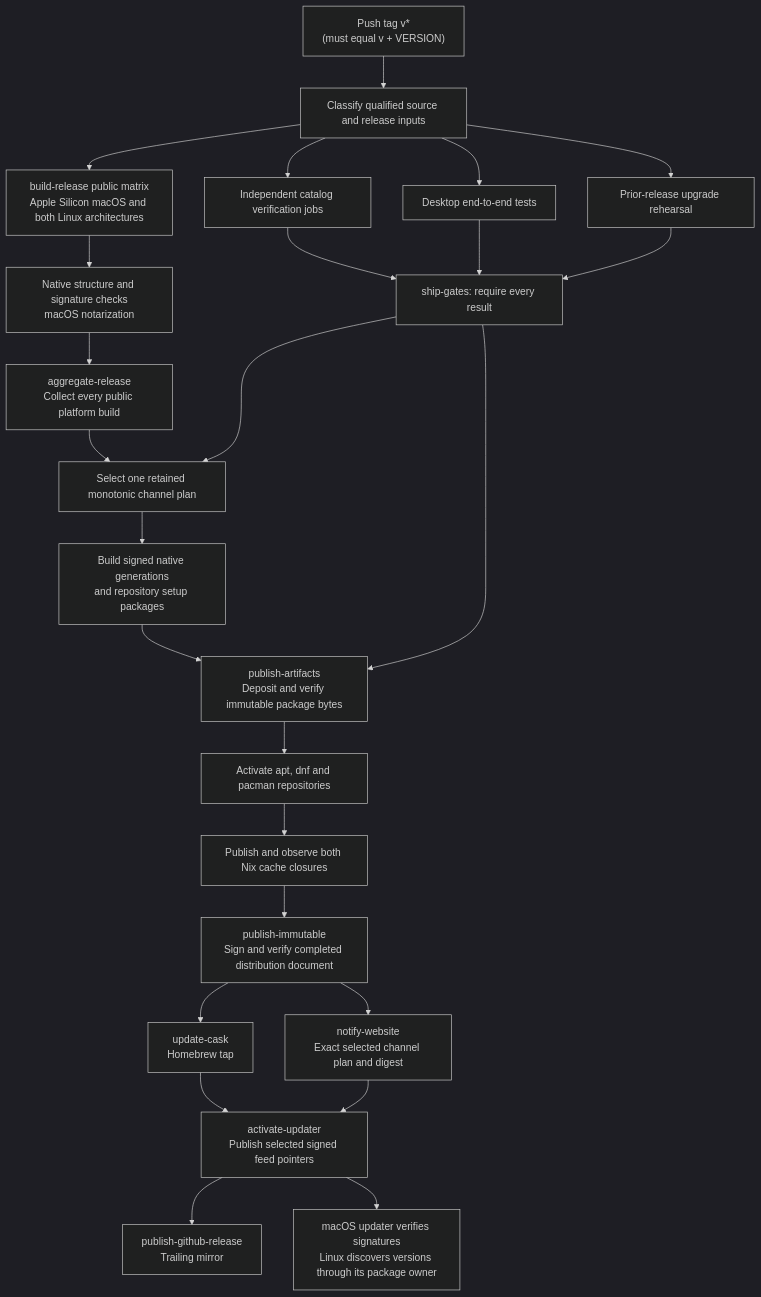
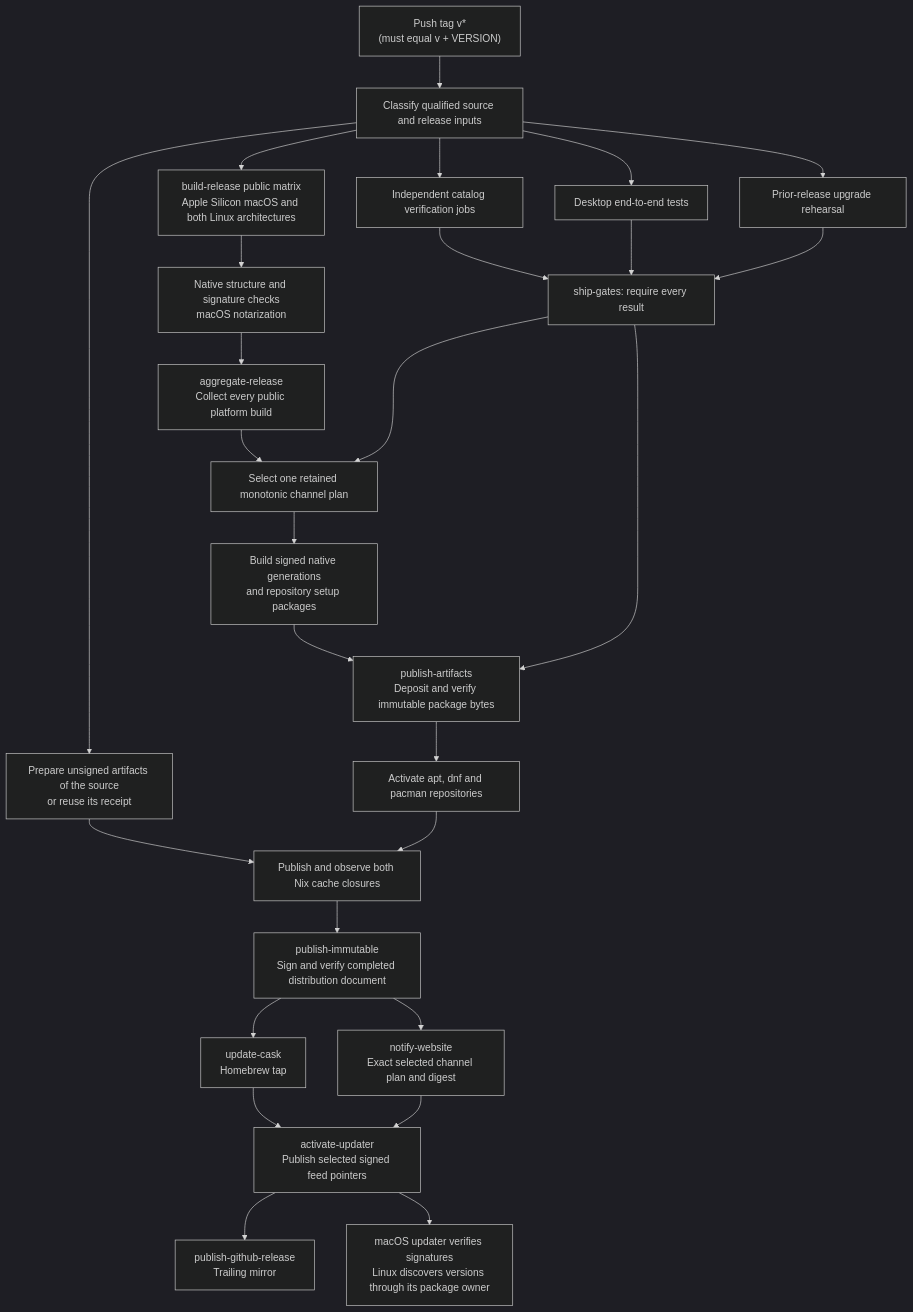
Before and after one commit to paintedwolf-ai/paintedwolf-code: the diagram in docs/dev-tasks.md, drawn with Mermaid (dark theme). The commit also changed other lines of this file and 7 other files, not shown here.

````diff
--- a/docs/dev-tasks.md
+++ b/docs/dev-tasks.md
@@ -1127,27 +1127,29 @@
 ```mermaid
 flowchart TD
     tag["Push tag v*<br/>(must equal v + VERSION)"] --> classify["Classify qualified source and release inputs"]
     classify --> checks["Independent catalog verification jobs"]
     classify --> desktop["Desktop end-to-end tests"]
     classify --> upgrade["Prior-release upgrade rehearsal"]
     checks --> gates["ship-gates: require every result"]
     desktop --> gates
     upgrade --> gates
     classify --> build["build-release public matrix<br/>Apple Silicon macOS and both Linux architectures"]
     build --> verify["Native structure and signature checks<br/>macOS notarization"]
     verify --> aggregate["aggregate-release<br/>Collect every public platform build"]
     aggregate --> plan["Select one retained monotonic channel plan"]
     gates --> plan
     plan --> setup["Build signed native generations<br/>and repository setup packages"]
     setup --> deposit["publish-artifacts<br/>Deposit and verify immutable package bytes"]
     gates --> deposit
     deposit --> native["Activate apt, dnf and pacman repositories"]
+    classify --> prepare["Prepare unsigned artifacts of the source<br/>or reuse its receipt"]
+    prepare --> nix
     native --> nix["Publish and observe both Nix cache closures"]
     nix --> document["publish-immutable<br/>Sign and verify completed distribution document"]
     document --> cask["update-cask<br/>Homebrew tap"]
     document --> website["notify-website<br/>Exact selected channel plan and digest"]
     cask --> updater["activate-updater<br/>Publish selected signed feed pointers"]
     website --> updater
     updater --> mirror["publish-github-release<br/>Trailing mirror"]
     updater --> clients["macOS updater verifies signatures<br/>Linux discovers versions through its package owner"]
 ```
````
